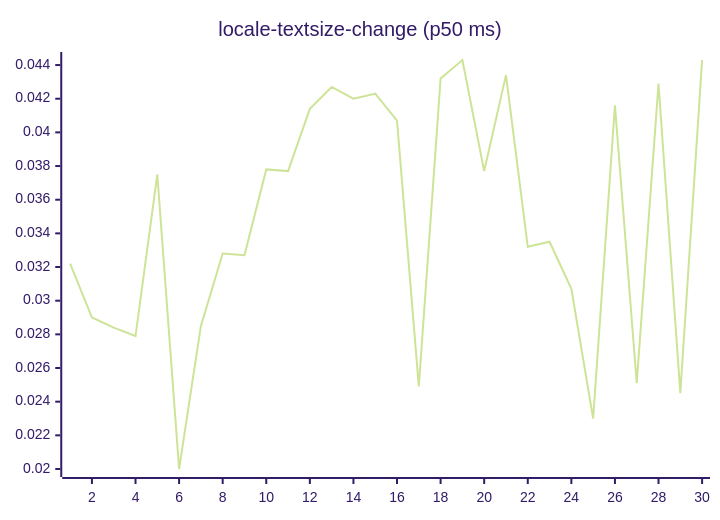
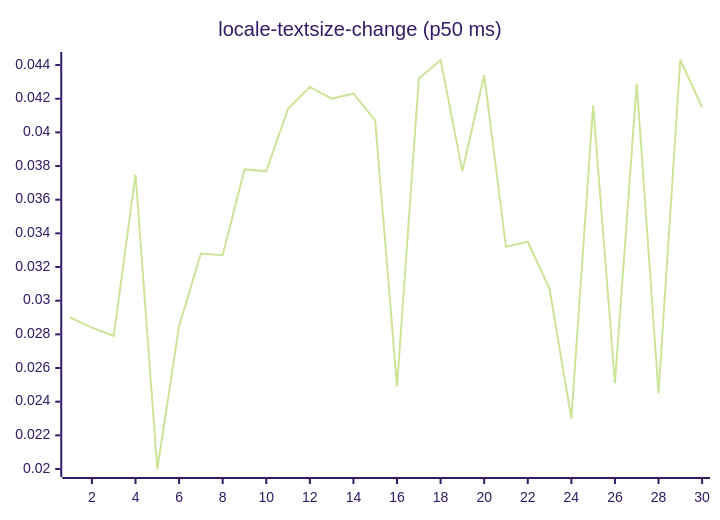
Before and after one commit to josha/Facet: diagram 13 of 27 in README.md, drawn with Mermaid (forest theme). The commit also changed other lines of this file and 2 other files, not shown here.

````diff
--- a/README.md
+++ b/README.md
@@ -147,6 +147,6 @@
 ```mermaid
 xychart-beta
     title "locale-textsize-change (p50 ms)"
     x-axis 1 --> 30
-    line [0.0322, 0.0290, 0.0284, 0.0279, 0.0375, 0.0200, 0.0285, 0.0328, 0.0327, 0.0378, 0.0377, 0.0414, 0.0427, 0.0420, 0.0423, 0.0407, 0.0249, 0.0432, 0.0443, 0.0377, 0.0434, 0.0332, 0.0335, 0.0307, 0.0230, 0.0416, 0.0251, 0.0429, 0.0245, 0.0443]
+    line [0.0290, 0.0284, 0.0279, 0.0375, 0.0200, 0.0285, 0.0328, 0.0327, 0.0378, 0.0377, 0.0414, 0.0427, 0.0420, 0.0423, 0.0407, 0.0249, 0.0432, 0.0443, 0.0377, 0.0434, 0.0332, 0.0335, 0.0307, 0.0230, 0.0416, 0.0251, 0.0429, 0.0245, 0.0443, 0.0415]
 ```
````
